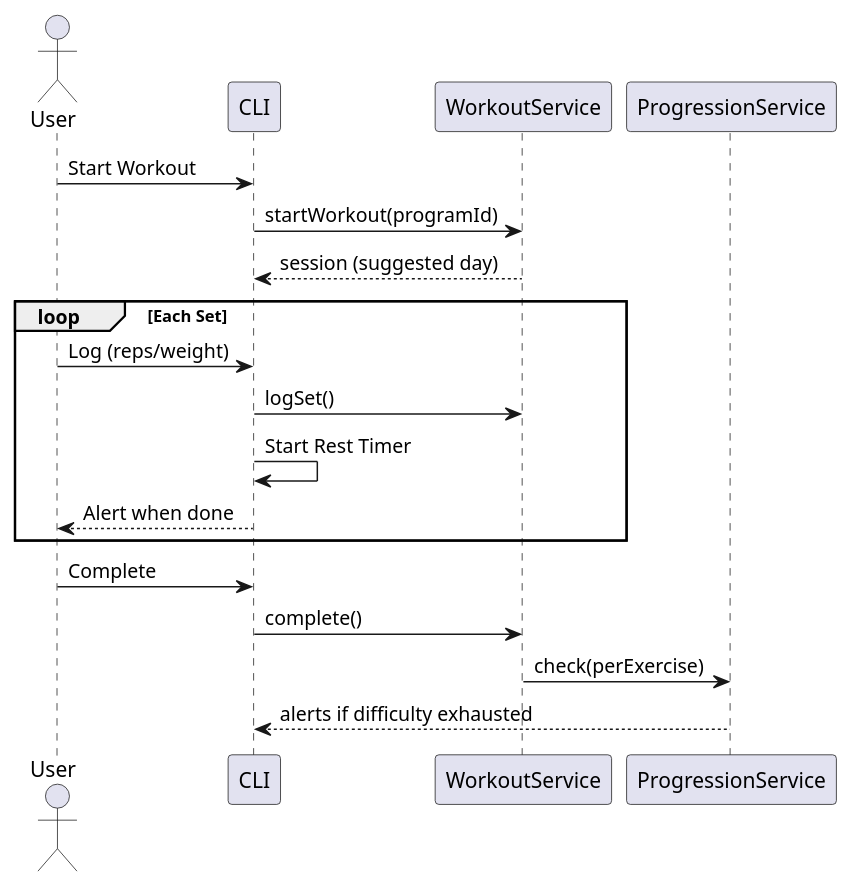
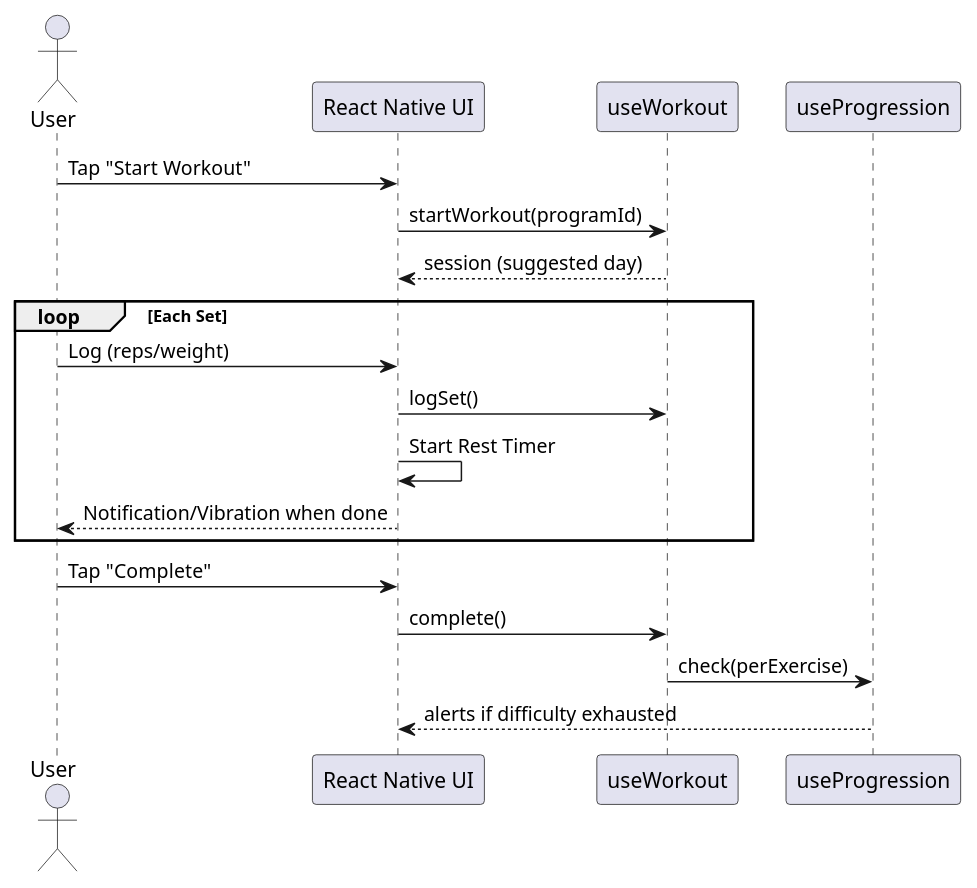
One commit to jfdg01/gym-tracker-v2 changed the diagram in docs/design-doc.md. Above: the diagram before and after it, drawn with PlantUML. The commit also changed other lines of this file and 1 other file, not shown here.

````diff
--- a/docs/design-doc.md
+++ b/docs/design-doc.md
@@ -198,24 +237,24 @@
 ```plantuml
 @startuml
 actor User
-participant CLI
-participant WorkoutService
-participant ProgressionService
+participant UI as "React Native UI"
+participant WorkoutHook as "useWorkout"
+participant ProgressionHook as "useProgression"
 
-User -> CLI: Start Workout
-CLI -> WorkoutService: startWorkout(programId)
-WorkoutService --> CLI: session (suggested day)
+User -> UI: Tap "Start Workout"
+UI -> WorkoutHook: startWorkout(programId)
+WorkoutHook --> UI: session (suggested day)
 
 loop Each Set
-    User -> CLI: Log (reps/weight)
-    CLI -> WorkoutService: logSet()
-    CLI -> CLI: Start Rest Timer
-    CLI --> User: Alert when done
+    User -> UI: Log (reps/weight)
+    UI -> WorkoutHook: logSet()
+    UI -> UI: Start Rest Timer
+    UI --> User: Notification/Vibration when done
 end
 
-User -> CLI: Complete
-CLI -> WorkoutService: complete()
-WorkoutService -> ProgressionService: check(perExercise)
-ProgressionService --> CLI: alerts if difficulty exhausted
+User -> UI: Tap "Complete"
+UI -> WorkoutHook: complete()
+WorkoutHook -> ProgressionHook: check(perExercise)
+ProgressionHook --> UI: alerts if difficulty exhausted
 @enduml
 ```
````
